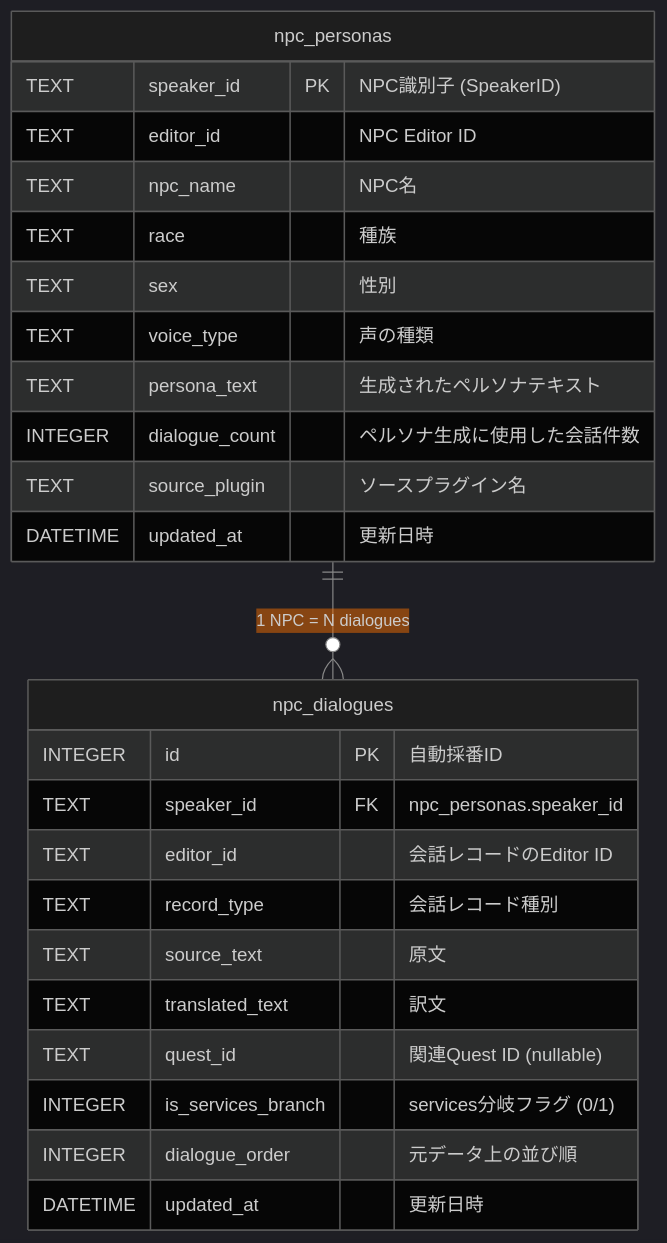
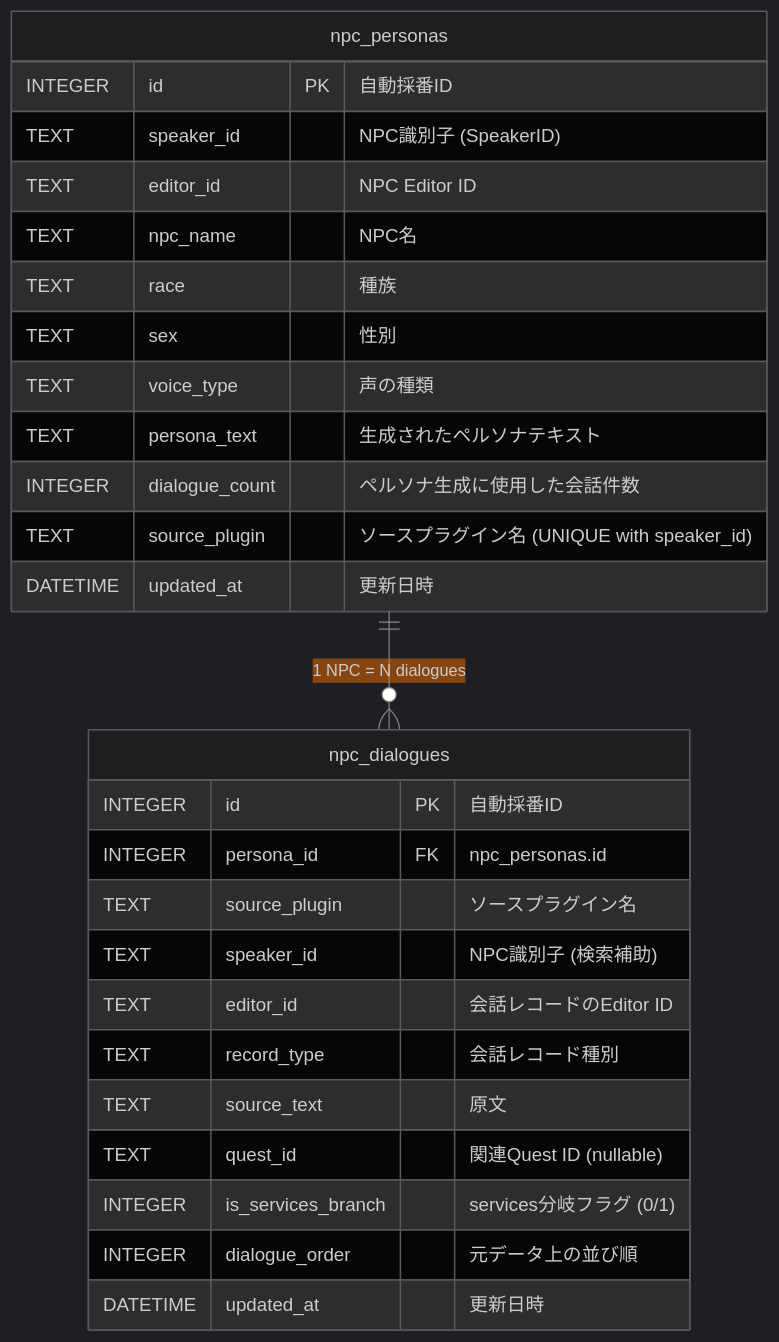
One commit to ishibata91/ai-translation-engine-2 changed the third of 9 diagrams in openspec/specs/database_erd.md. Above: the diagram before and after it, drawn with Mermaid. The commit also changed 28 other files, not shown here.

````diff
--- a/openspec/specs/database_erd.md
+++ b/openspec/specs/database_erd.md
@@ -117,41 +117,43 @@
 ```mermaid
 %%{init: {'theme': 'dark', 'themeVariables': {
   'primaryColor': '#2b2b2b',
   'primaryTextColor': '#e0e0e0',
   'primaryBorderColor': '#ff9800',
   'lineColor': '#888888',
   'secondaryColor': '#e65100',
   'tertiaryColor': '#ef6c00',
   'mainBkg': '#1e1e1e',
   'nodeBorder': '#5a5a5a'
 }}}%%
 erDiagram
     %% Persona Slice
     npc_personas ||--o{ npc_dialogues : "1 NPC = N dialogues"
 
     npc_personas {
-        TEXT speaker_id PK "NPC識別子 (SpeakerID)"
+        INTEGER id PK "自動採番ID"
+        TEXT speaker_id "NPC識別子 (SpeakerID)"
         TEXT editor_id "NPC Editor ID"
         TEXT npc_name "NPC名"
         TEXT race "種族"
         TEXT sex "性別"
         TEXT voice_type "声の種類"
         TEXT persona_text "生成されたペルソナテキスト"
         INTEGER dialogue_count "ペルソナ生成に使用した会話件数"
-        TEXT source_plugin "ソースプラグイン名"
+        TEXT source_plugin "ソースプラグイン名 (UNIQUE with speaker_id)"
         DATETIME updated_at "更新日時"
     }
 
     npc_dialogues {
         INTEGER id PK "自動採番ID"
-        TEXT speaker_id FK "npc_personas.speaker_id"
+        INTEGER persona_id FK "npc_personas.id"
+        TEXT source_plugin "ソースプラグイン名"
+        TEXT speaker_id "NPC識別子 (検索補助)"
         TEXT editor_id "会話レコードのEditor ID"
         TEXT record_type "会話レコード種別"
         TEXT source_text "原文"
-        TEXT translated_text "訳文"
         TEXT quest_id "関連Quest ID (nullable)"
         INTEGER is_services_branch "services分岐フラグ (0/1)"
         INTEGER dialogue_order "元データ上の並び順"
         DATETIME updated_at "更新日時"
     }
 ```
````
